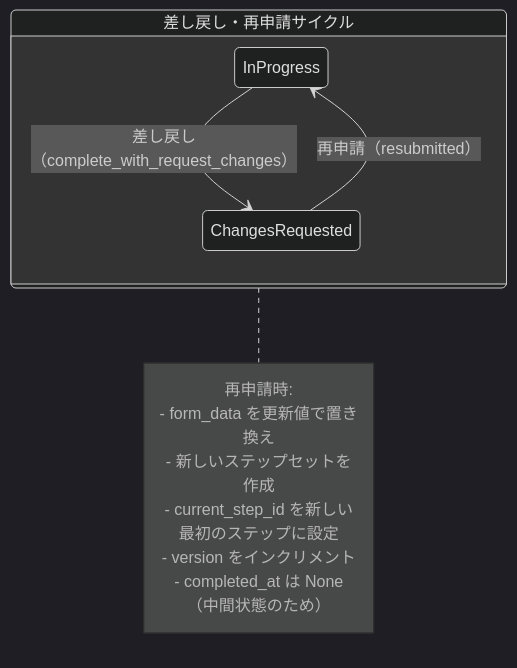
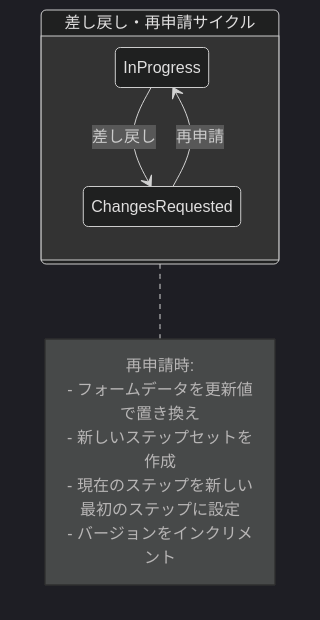
Before and after one commit to ka2kama/ringiflow: the second of 2 diagrams in docs/90_実装解説/ワークフロー/03_差し戻し・再申請フロー.md, drawn with Mermaid (dark theme). The commit also changed other lines of this file and 2 other files, not shown here.

First line of the commit message:
#1128 Remove internal implementation details from flow docs

````diff
--- a/docs/90_実装解説/ワークフロー/03_差し戻し・再申請フロー.md
+++ b/docs/90_実装解説/ワークフロー/03_差し戻し・再申請フロー.md
@@ -122,16 +122,15 @@
 ```mermaid
 stateDiagram-v2
     state "差し戻し・再申請サイクル" as cycle {
-        InProgress --> ChangesRequested: 差し戻し（complete_with_request_changes）
-        ChangesRequested --> InProgress: 再申請（resubmitted）
+        InProgress --> ChangesRequested: 差し戻し
+        ChangesRequested --> InProgress: 再申請
     }
 
     note right of cycle
         再申請時:
-        - form_data を更新値で置き換え
+        - フォームデータを更新値で置き換え
         - 新しいステップセットを作成
-        - current_step_id を新しい最初のステップに設定
-        - version をインクリメント
-        - completed_at は None（中間状態のため）
+        - 現在のステップを新しい最初のステップに設定
+        - バージョンをインクリメント
     end note
 ```
````
